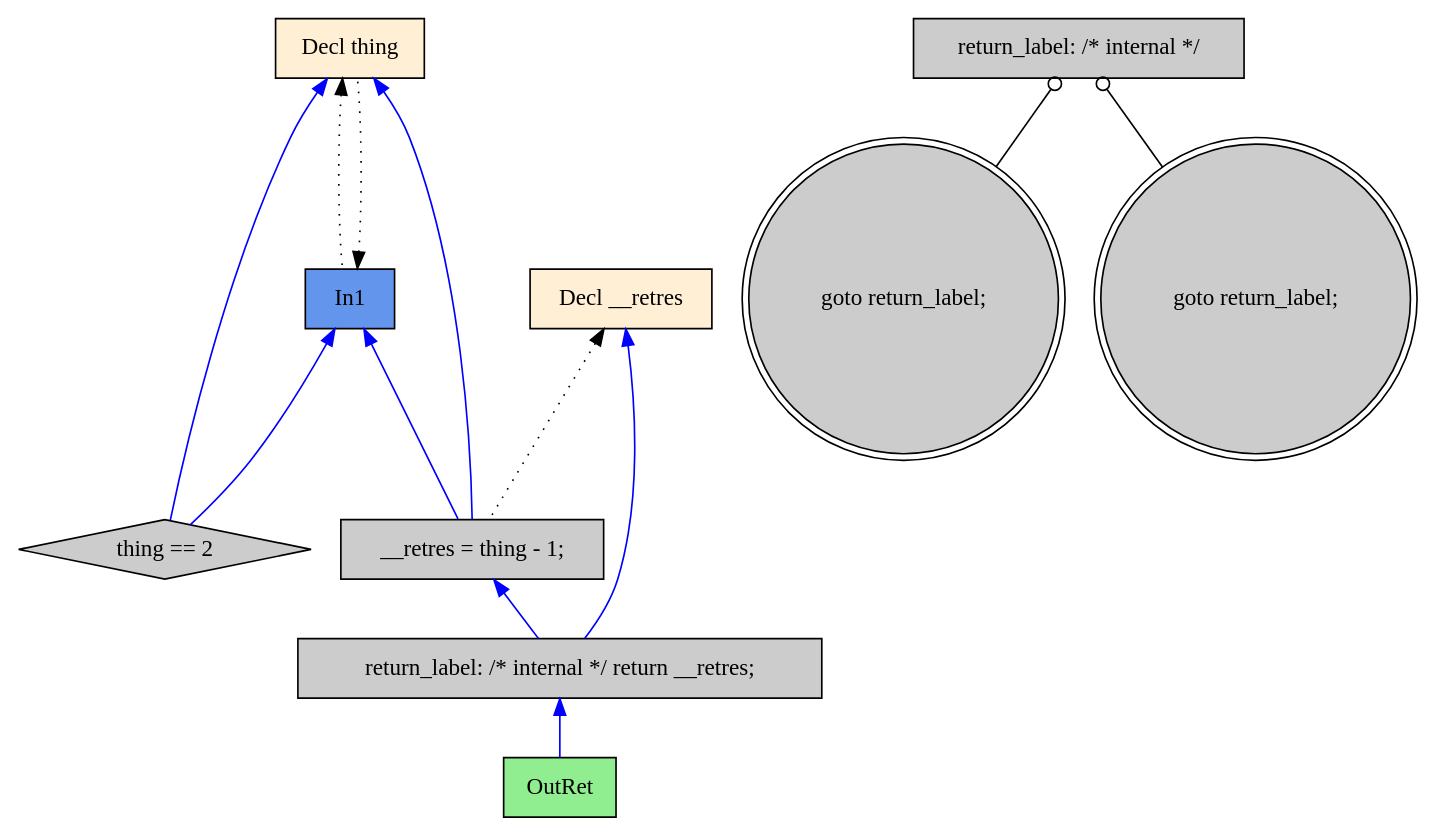
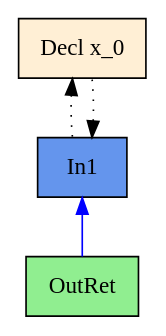
Before and after one commit to mosqutip/EECS395-27: the diagram in Matlack+Swiech_Code/graph.setgid.dot, drawn with Graphviz. The commit also changed 6 other files, not shown here.

```diff
--- a/Matlack+Swiech_Code/graph.setgid.dot
+++ b/Matlack+Swiech_Code/graph.setgid.dot
@@ -1,31 +1,14 @@
 digraph G {
   rankdir=TB;
   node [style=filled];
-  6 [shape=box, fillcolor="#FFEFD5", label="Decl thing"];
-  7 [shape=box, fillcolor="#6495ED", label="In1"];
-  8 [shape=box, fillcolor="#FFEFD5", label="Decl __retres"];
-  9 [shape=diamond, fillcolor="#CCCCCC", label="thing == 2"];
-  10 [shape=box, fillcolor="#CCCCCC", label="__retres = thing - 1;"];
-  11 [shape=doublecircle, fillcolor="#CCCCCC", label="goto return_label;"];
-  12 [shape=box, fillcolor="#CCCCCC", label="return_label: /* internal */"];
-  13 [shape=doublecircle, fillcolor="#CCCCCC", label="goto return_label;"];
-  14 [shape=box, fillcolor="#CCCCCC",
-      label="return_label: /* internal */ return __retres;"];
-  15 [shape=box, fillcolor="#90EE90", label="OutRet"];
+  96 [shape=box, fillcolor="#FFEFD5", label="Decl x_0"];
+  97 [shape=box, fillcolor="#6495ED", label="In1"];
+  98 [shape=box, fillcolor="#90EE90", label="OutRet"];
   
   
   edge [dir=back];
-  7 -> 6 [style=dotted, color="#000000"];
-  6 -> 7 [style=dotted, color="#000000"];
-  6 -> 9 [color="#0000FF"];
-  7 -> 9 [color="#0000FF"];
-  6 -> 10 [color="#0000FF"];
-  7 -> 10 [color="#0000FF"];
-  8 -> 10 [style=dotted, color="#000000"];
-  12 -> 11 [arrowtail=odot, color="#000000"];
-  12 -> 13 [arrowtail=odot, color="#000000"];
-  8 -> 14 [color="#0000FF"];
-  10 -> 14 [color="#0000FF"];
-  14 -> 15 [color="#0000FF"];
+  97 -> 96 [style=dotted, color="#000000"];
+  96 -> 97 [style=dotted, color="#000000"];
+  97 -> 98 [color="#0000FF"];
   
   }
```
